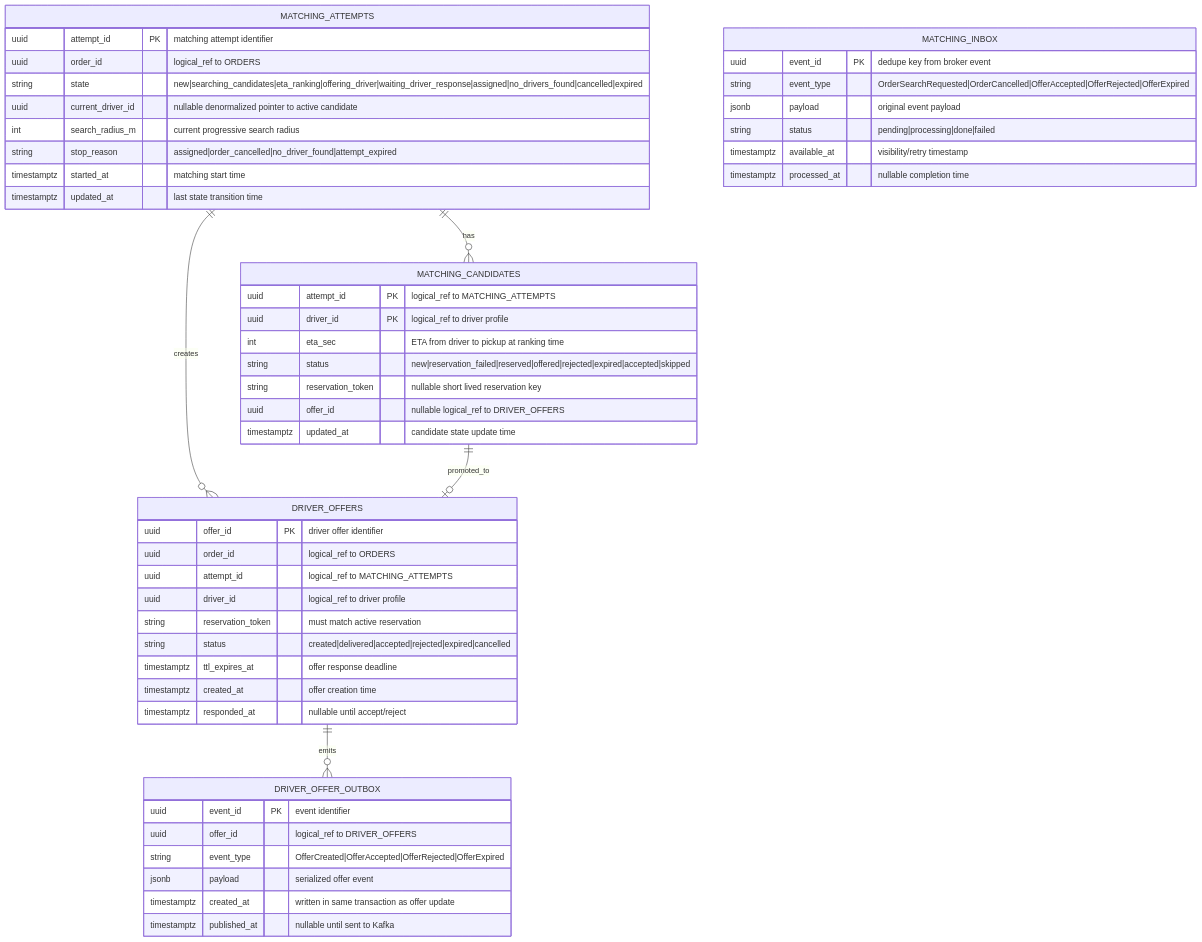
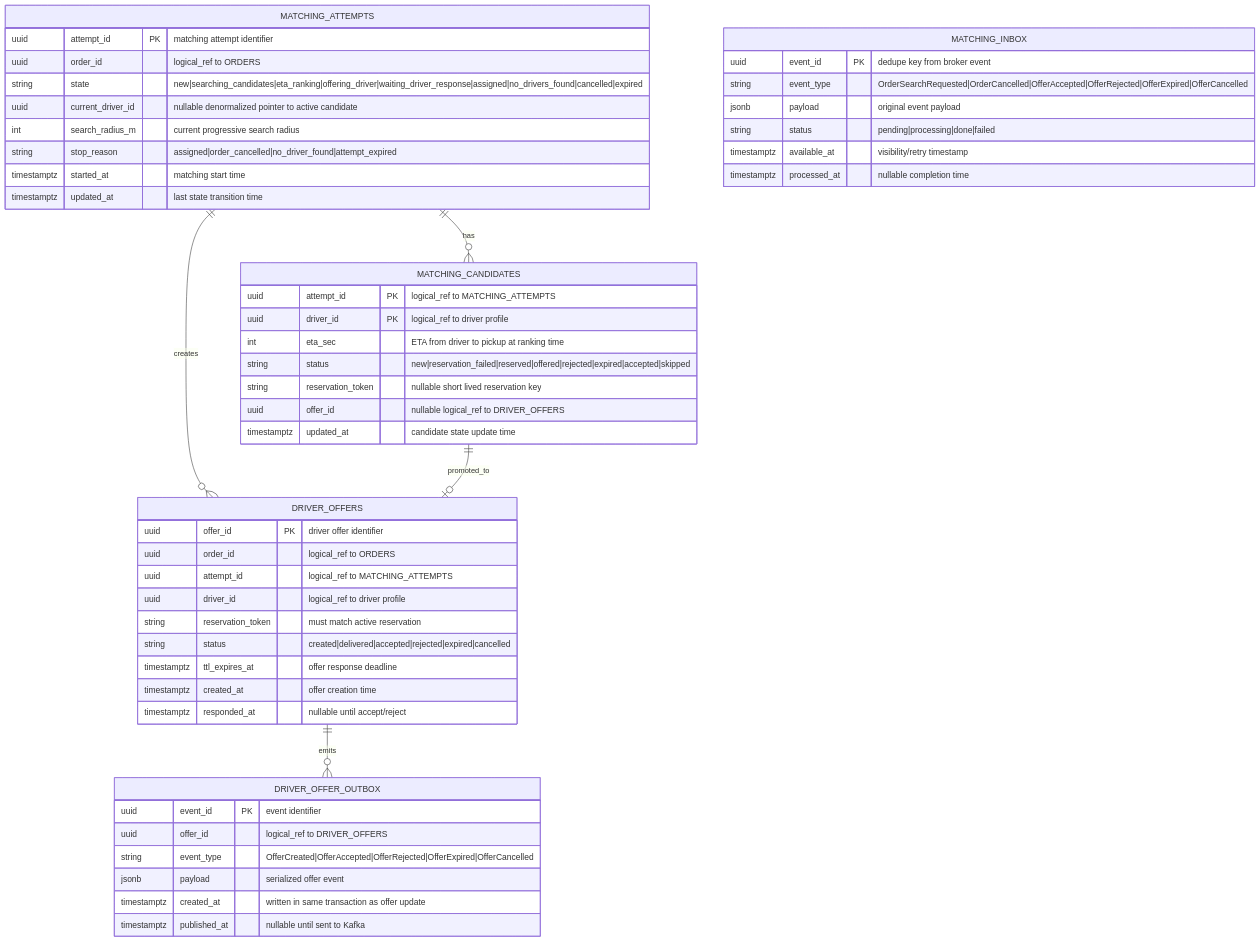
The seventh of 10 diagrams in dev-solution.md (almostinf/taxi-ordering-service-system-design), drawn with Mermaid before and after one commit. The commit also changed other lines of this file, not shown here.

````diff
--- a/dev-solution.md
+++ b/dev-solution.md
@@ -642,58 +1520,58 @@
 ```mermaid
 erDiagram
     MATCHING_ATTEMPTS {
         uuid attempt_id PK "matching attempt identifier"
         uuid order_id "logical_ref to ORDERS"
         string state "new|searching_candidates|eta_ranking|offering_driver|waiting_driver_response|assigned|no_drivers_found|cancelled|expired"
         uuid current_driver_id "nullable denormalized pointer to active candidate"
         int search_radius_m "current progressive search radius"
         string stop_reason "assigned|order_cancelled|no_driver_found|attempt_expired"
         timestamptz started_at "matching start time"
         timestamptz updated_at "last state transition time"
     }
 
     MATCHING_CANDIDATES {
         uuid attempt_id PK "logical_ref to MATCHING_ATTEMPTS"
         uuid driver_id PK "logical_ref to driver profile"
         int eta_sec "ETA from driver to pickup at ranking time"
         string status "new|reservation_failed|reserved|offered|rejected|expired|accepted|skipped"
         string reservation_token "nullable short lived reservation key"
         uuid offer_id "nullable logical_ref to DRIVER_OFFERS"
         timestamptz updated_at "candidate state update time"
     }
 
     MATCHING_INBOX {
         uuid event_id PK "dedupe key from broker event"
-        string event_type "OrderSearchRequested|OrderCancelled|OfferAccepted|OfferRejected|OfferExpired"
+        string event_type "OrderSearchRequested|OrderCancelled|OfferAccepted|OfferRejected|OfferExpired|OfferCancelled"
         jsonb payload "original event payload"
         string status "pending|processing|done|failed"
         timestamptz available_at "visibility/retry timestamp"
         timestamptz processed_at "nullable completion time"
     }
 
     DRIVER_OFFERS {
         uuid offer_id PK "driver offer identifier"
         uuid order_id "logical_ref to ORDERS"
         uuid attempt_id "logical_ref to MATCHING_ATTEMPTS"
         uuid driver_id "logical_ref to driver profile"
         string reservation_token "must match active reservation"
         string status "created|delivered|accepted|rejected|expired|cancelled"
         timestamptz ttl_expires_at "offer response deadline"
         timestamptz created_at "offer creation time"
         timestamptz responded_at "nullable until accept/reject"
     }
 
     DRIVER_OFFER_OUTBOX {
         uuid event_id PK "event identifier"
         uuid offer_id "logical_ref to DRIVER_OFFERS"
-        string event_type "OfferCreated|OfferAccepted|OfferRejected|OfferExpired"
+        string event_type "OfferCreated|OfferAccepted|OfferRejected|OfferExpired|OfferCancelled"
         jsonb payload "serialized offer event"
         timestamptz created_at "written in same transaction as offer update"
         timestamptz published_at "nullable until sent to Kafka"
     }
 
     MATCHING_ATTEMPTS ||--o{ MATCHING_CANDIDATES : has
     MATCHING_ATTEMPTS ||--o{ DRIVER_OFFERS : creates
     MATCHING_CANDIDATES ||--o| DRIVER_OFFERS : promoted_to
     DRIVER_OFFERS ||--o{ DRIVER_OFFER_OUTBOX : emits
 ```
````
